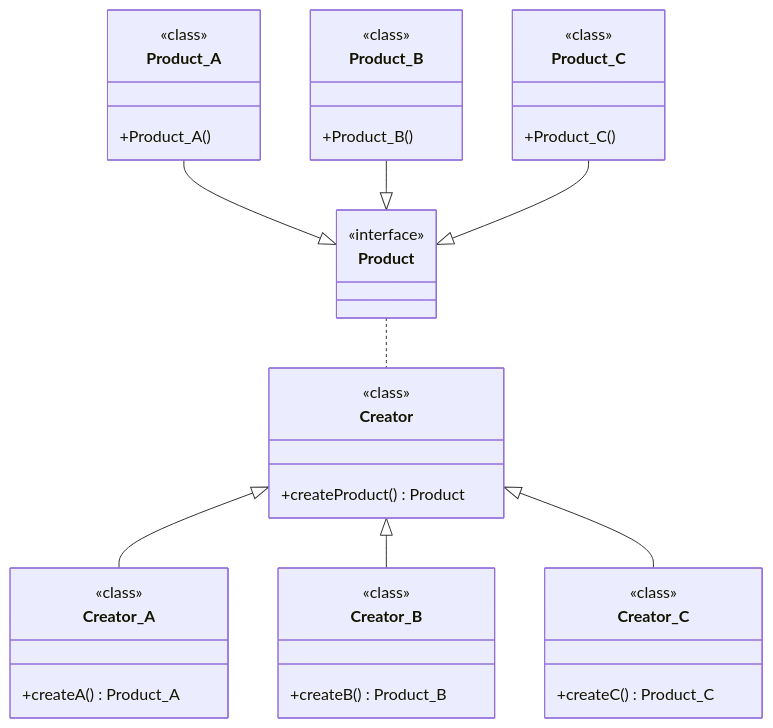
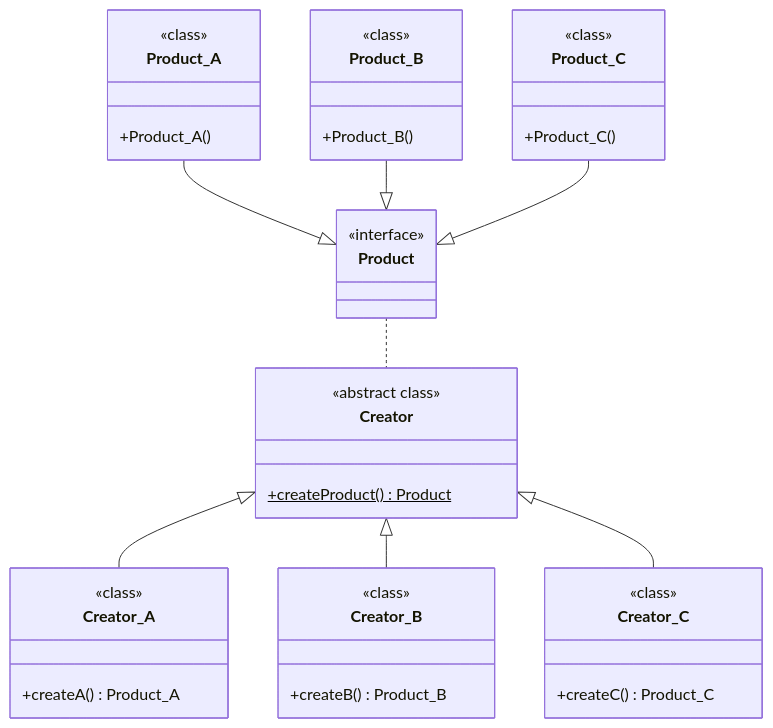
Before and after one commit to angelromarco04/MyNotes: the diagram in Programming/Patterns/data/FactoryMethod.md, drawn with Mermaid.

Commit message:
vault backup: 2024-03-16 13:24:31

````diff
--- a/Programming/Patterns/data/FactoryMethod.md
+++ b/Programming/Patterns/data/FactoryMethod.md
@@ -27,51 +27,51 @@
 ```mermaid
 classDiagram
 direction TB
 Product_A --|> Product
 Product_B --|> Product
 Product_C --|> Product
 Product .. Creator
 Creator <|-- Creator_A
 Creator <|-- Creator_B
 Creator <|-- Creator_C
 
 class Product {
 	<<interface>>
 }
 
 class Product_A {
 	<<class>>
 	+Product_A()
 }
 
 class Product_B {
 	<<class>>
 	+Product_B()
 }
 
 class Product_C {
 	<<class>>
 	+Product_C()
 }
 
 class Creator {
-	<<class>>
-	+createProduct() Product
+	<<abstract class>>
+	+createProduct() Product$
 }
 
 class Creator_A {
 	<<class>>
 	+createA() Product_A
 }
 
 class Creator_B {
 	<<class>>
 	+createB() Product_B
 }
 
 class Creator_C {
 	<<class>>
 	+createC() Product_C
 }
 
 ```
````
